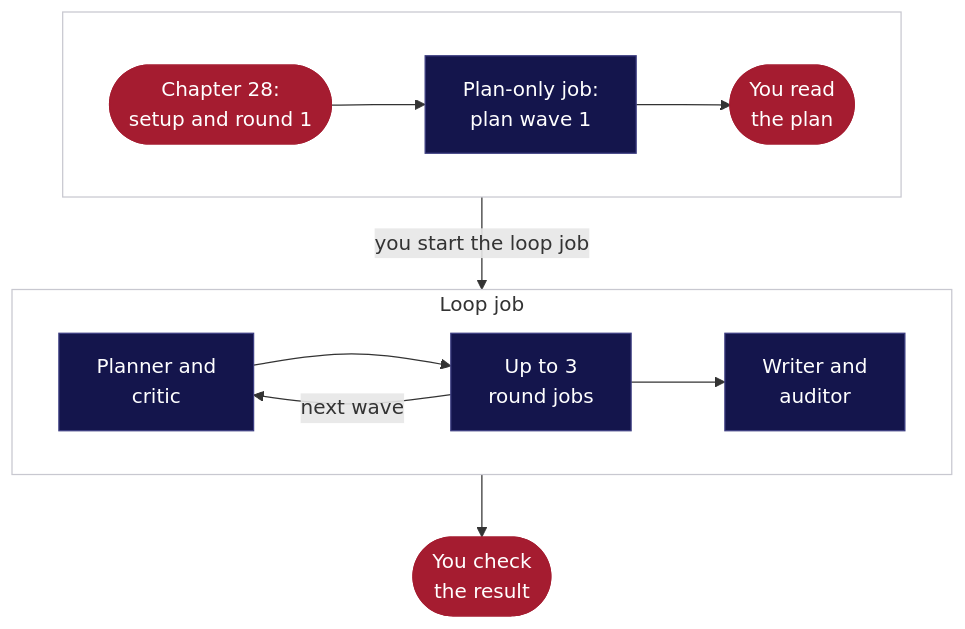
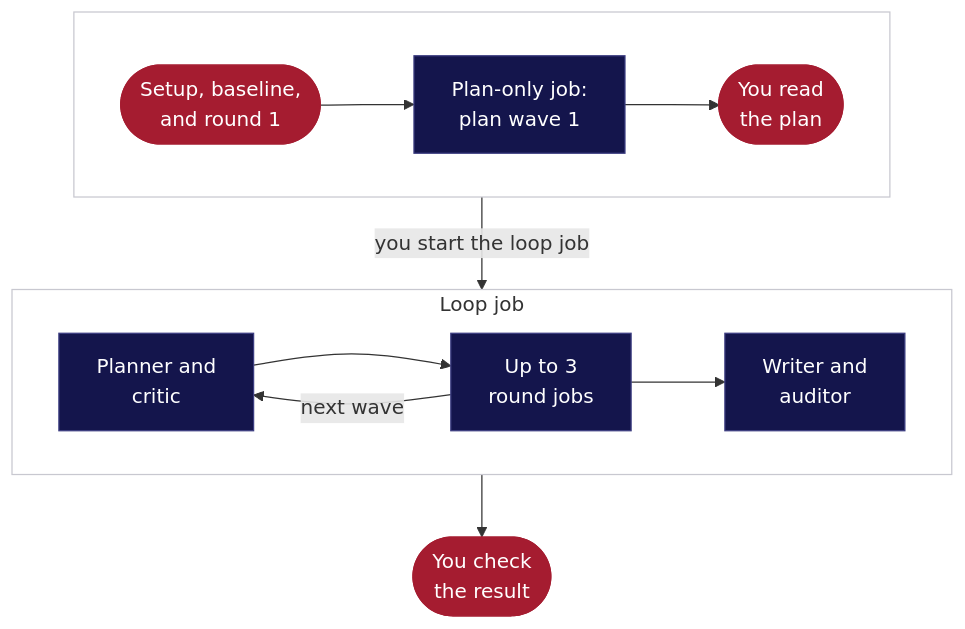
Before and after one commit to KempnerInstitute/kempner-computing-handbook: the diagram in kempner_computing_handbook/s5b_agentic_ai_workflows/multi_agent_example.md, drawn with Mermaid. The commit also changed other lines of this file, not shown here.

Commit message:
Name the single-agent example instead of its chapter number

````diff
--- a/kempner_computing_handbook/s5b_agentic_ai_workflows/multi_agent_example.md
+++ b/kempner_computing_handbook/s5b_agentic_ai_workflows/multi_agent_example.md
@@ -5,21 +5,21 @@
 ```{mermaid}
 flowchart TB
     subgraph SUP [" "]
         direction LR
-        S(["Chapter 28:<br/>setup and round 1"]) --> P["Plan-only job:<br/>plan wave 1"] --> R(["You read<br/>the plan"])
+        S(["Setup, baseline,<br/>and round 1"]) --> P["Plan-only job:<br/>plan wave 1"] --> R(["You read<br/>the plan"])
     end
     subgraph LOOP ["Loop job"]
         direction LR
         W["Planner and<br/>critic"] --> J["Up to 3<br/>round jobs"]
         J -->|next wave| W
         J --> F["Writer and<br/>auditor"]
     end
     SUP -->|you start the loop job| LOOP
     LOOP --> V(["You check<br/>the result"])
     classDef agent fill:#14154C,color:#ffffff,stroke:#3D3E82;
     classDef you fill:#A51C30,color:#ffffff,stroke:#A51C30;
     class P,W,J,F agent;
     class S,R,V you;
     style SUP fill:none,stroke:#c8c8d0
     style LOOP fill:none,stroke:#c8c8d0
 ```
````
